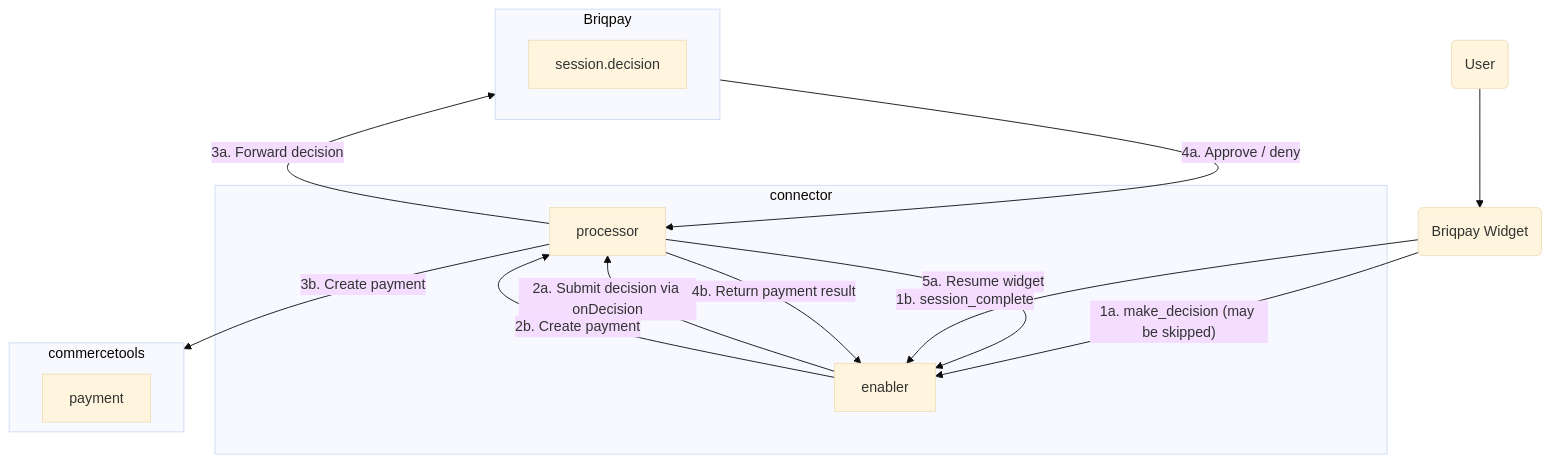
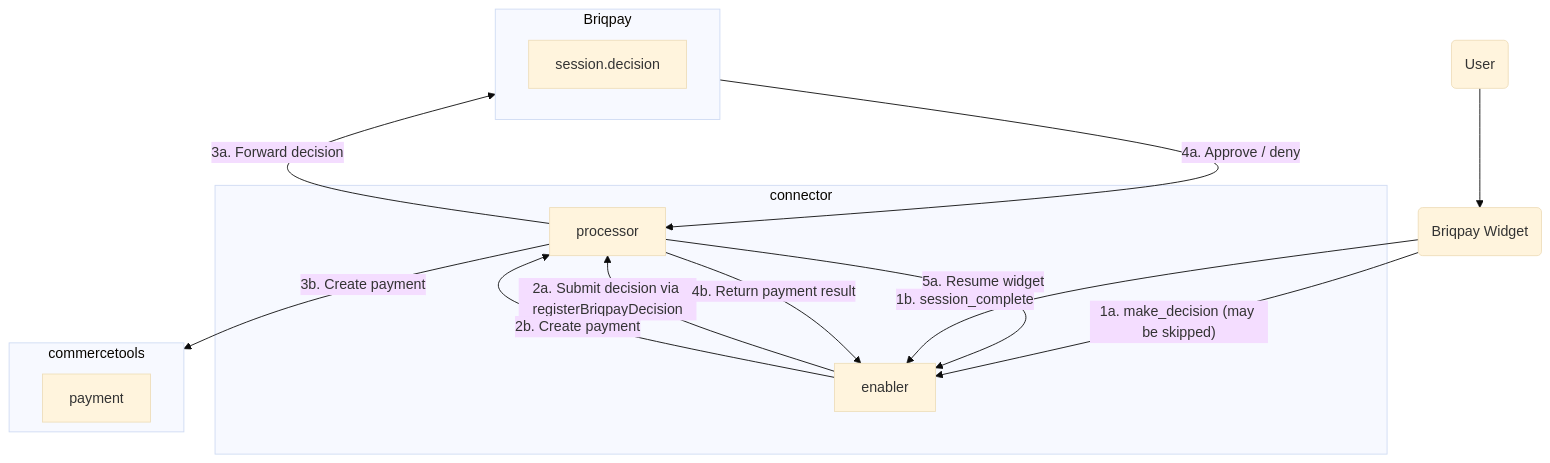
One commit to Briqpay-Extensions/connect-payment-integration-briqpay changed the third of 4 diagrams in README.md. Above: the diagram before and after it, drawn with Mermaid (base theme). The commit also changed other lines of this file and 9 other files, not shown here.

````diff
--- a/README.md
+++ b/README.md
@@ -320,25 +320,25 @@
 ```mermaid
 flowchart TD
     user("User")-->widget("Briqpay Widget")
     subgraph connector
         enabler
         processor
     end
     subgraph coco["commercetools"]
         payment
     end
     subgraph briqpay["Briqpay"]
         session.decision
     end
 
     widget--"1a. make_decision (may be skipped)"-->enabler
-    enabler--"2a. Submit decision via onDecision"-->processor
+    enabler--"2a. Submit decision via registerBriqpayDecision"-->processor
     processor--"3a. Forward decision"-->briqpay
     briqpay--"4a. Approve / deny"-->processor
     processor--"5a. Resume widget"-->enabler
     widget--"1b. session_complete"-->enabler
     enabler--"2b. Create payment"-->processor
     processor--"3b. Create payment"-->coco
     processor--"4b. Return payment result"-->enabler
     style coco height:100
 ```
````
